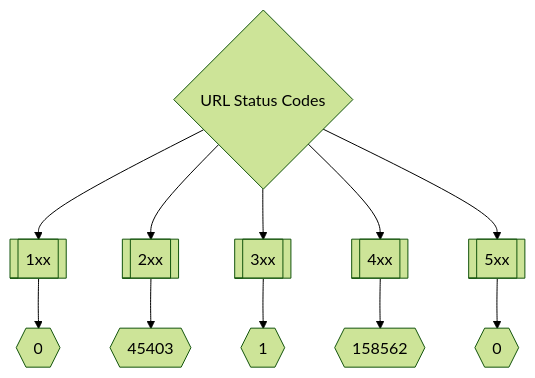
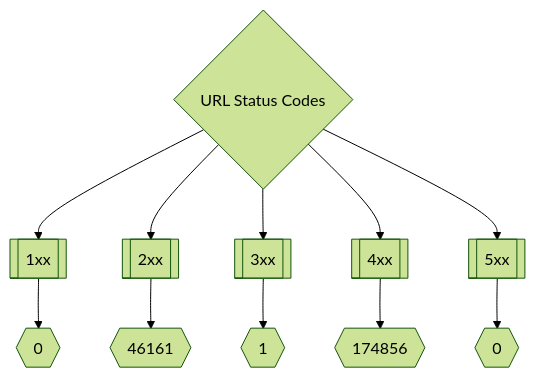
Before and after one commit to trickest/inventory: the second of 3 diagrams in README.md, drawn with Mermaid (forest theme). The commit also changed other lines of this file, not shown here.

Commit message:
Update Fri Mar 25 15:59:29 UTC 2022

````diff
--- a/README.md
+++ b/README.md
@@ -173,8 +173,8 @@
 ```mermaid
 graph TD
 title{URL Status Codes} --> 1xx[[1xx]] --> status1xxNum{{0}}
-title --> 2xx[[2xx]] --> status2xxNum{{45403}}
+title --> 2xx[[2xx]] --> status2xxNum{{46161}}
 title --> 3xx[[3xx]] --> status3xxNum{{1}}
-title --> 4xx[[4xx]] --> status4xxNum{{158562}}
+title --> 4xx[[4xx]] --> status4xxNum{{174856}}
 title --> 5xx[[5xx]] --> status5xxNum{{0}}
 ```
````
